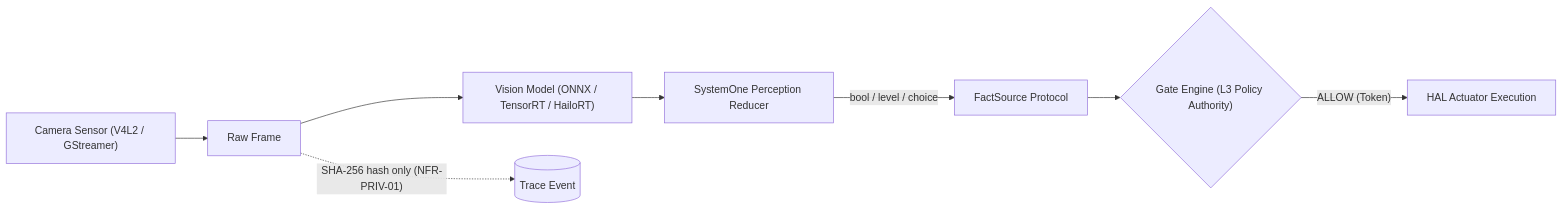
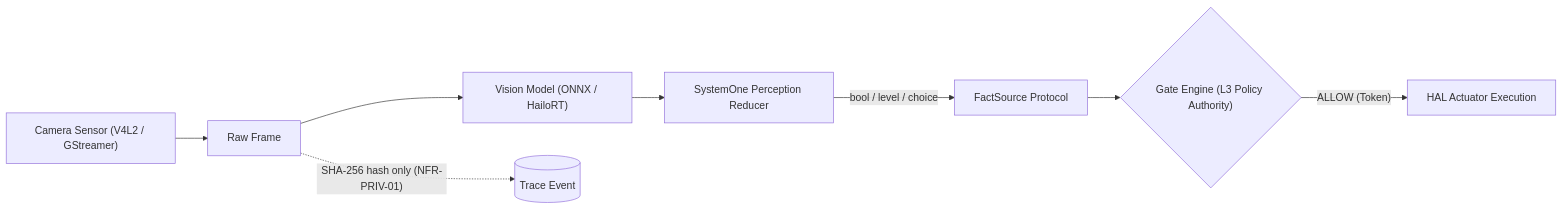
One commit to letrongminh/neuroedge-init changed the second of 3 diagrams in docs/architecture/vi/15-target-architecture.md. Above: the diagram before and after it, drawn with Mermaid. The commit also changed other lines of this file and 63 other files, not shown here.

````diff
--- a/docs/architecture/vi/15-target-architecture.md
+++ b/docs/architecture/vi/15-target-architecture.md
@@ -190,10 +164,10 @@
 ```mermaid
 flowchart LR
     CAM["Camera Sensor (V4L2 / GStreamer)"] --> RAW["Raw Frame"]
-    RAW --> MODEL["Vision Model (ONNX / TensorRT / HailoRT)"]
+    RAW --> MODEL["Vision Model (ONNX / HailoRT)"]
     MODEL --> S1["SystemOne Perception Reducer"]
     S1 -->|"bool / level / choice"| FS["FactSource Protocol"]
     FS --> GATE{"Gate Engine (L3 Policy Authority)"}
     GATE -- "ALLOW (Token)" --> HAL["HAL Actuator Execution"]
     RAW -. "SHA-256 hash only (NFR-PRIV-01)" .-> TRACE[("Trace Event")]
 ```
````
